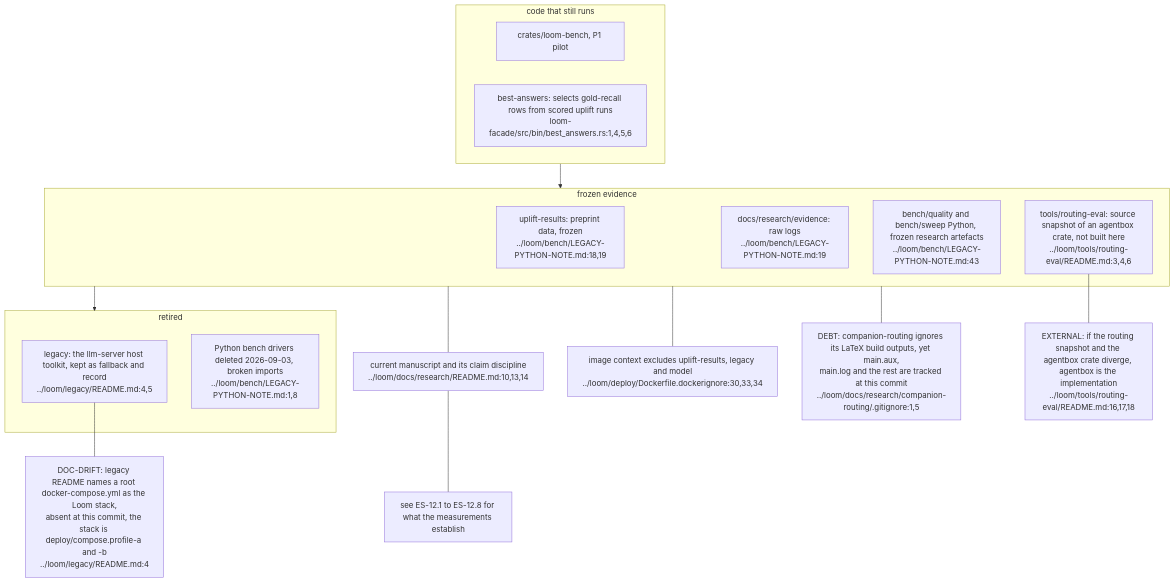
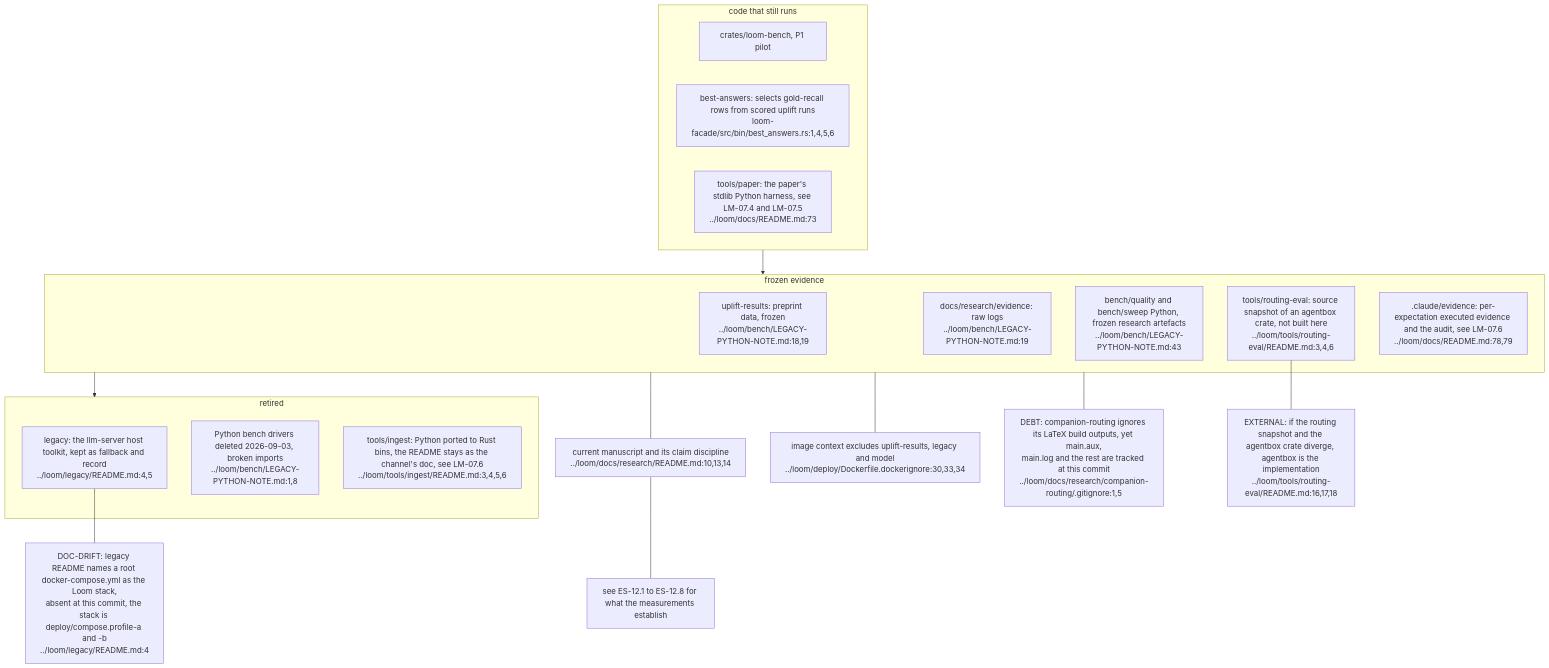
One commit to DreamLab-AI/VisionFlow changed the third of 6 diagrams in docs/diagrams/loom/07-evaluators-bench-and-research-data-surface.md. Above: the diagram before and after it, drawn with Mermaid. The commit also changed other lines of this file and 2 other files, not shown here.

First line of the commit message:
diagrams(loom): fix skeptic findings, draw tools/paper, tools/ingest and .claude/evidence

````diff
--- a/docs/diagrams/loom/07-evaluators-bench-and-research-data-surface.md
+++ b/docs/diagrams/loom/07-evaluators-bench-and-research-data-surface.md
@@ -82,30 +120,33 @@
 ```mermaid
 flowchart TB
     subgraph LIVE["code that still runs"]
         BENCHR["crates/loom-bench, P1 pilot"]
         BEST["best-answers: selects gold-recall rows from scored uplift runs<br/>loom-facade/src/bin/best_answers.rs:1,4,5,6"]
+        PAPER["tools/paper: the paper's stdlib Python harness, see LM-07.4 and LM-07.5<br/>../loom/docs/README.md:73"]
     end
     subgraph FROZEN["frozen evidence"]
         UPL["uplift-results: preprint data, frozen<br/>../loom/bench/LEGACY-PYTHON-NOTE.md:18,19"]
         EVD["docs/research/evidence: raw logs<br/>../loom/bench/LEGACY-PYTHON-NOTE.md:19"]
         PYQ["bench/quality and bench/sweep Python, frozen research artefacts<br/>../loom/bench/LEGACY-PYTHON-NOTE.md:43"]
         RTE["tools/routing-eval: source snapshot of an agentbox crate, not built here<br/>../loom/tools/routing-eval/README.md:3,4,6"]
+        CEV[".claude/evidence: per-expectation executed evidence and the audit, see LM-07.6<br/>../loom/docs/README.md:78,79"]
     end
     subgraph RETIRED["retired"]
         LEG["legacy: the llm-server host toolkit, kept as fallback and record<br/>../loom/legacy/README.md:4,5"]
         DEL["Python bench drivers deleted 2026-09-03, broken imports<br/>../loom/bench/LEGACY-PYTHON-NOTE.md:1,8"]
+        ING["tools/ingest: Python ported to Rust bins, the README stays as the channel's doc, see LM-07.6<br/>../loom/tools/ingest/README.md:3,4,5,6"]
     end
     LIVE --> FROZEN --> RETIRED
     MAN["current manuscript and its claim discipline<br/>../loom/docs/research/README.md:10,13,14"]
     FROZEN --- MAN
     IMG["image context excludes uplift-results, legacy and model<br/>../loom/deploy/Dockerfile.dockerignore:30,33,34"]
     FROZEN --- IMG
     DRIFT["DOC-DRIFT: legacy README names a root docker-compose.yml as the Loom stack,<br/>absent at this commit, the stack is deploy/compose.profile-a and -b<br/>../loom/legacy/README.md:4"]
     LEG --- DRIFT
     DEBT["DEBT: companion-routing ignores its LaTeX build outputs, yet main.aux,<br/>main.log and the rest are tracked at this commit<br/>../loom/docs/research/companion-routing/.gitignore:1,5"]
     FROZEN --- DEBT
     EXT["EXTERNAL: if the routing snapshot and the agentbox crate diverge, agentbox is the implementation<br/>../loom/tools/routing-eval/README.md:16,17,18"]
     RTE --- EXT
     SEE["see ES-12.1 to ES-12.8 for what the measurements establish"]
     MAN --- SEE
 ```
````
